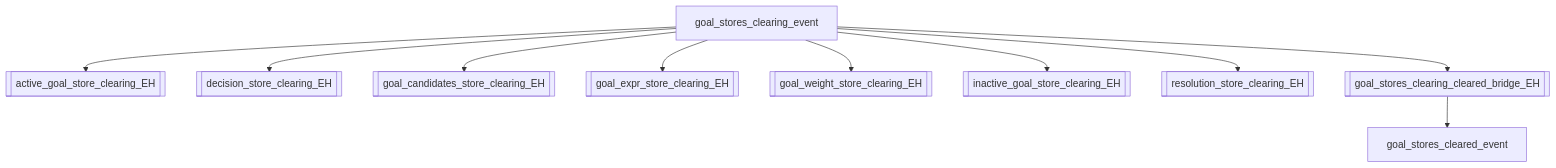
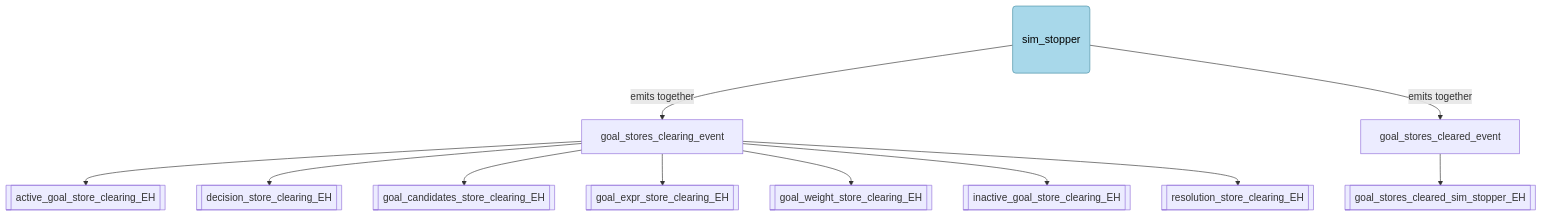
One commit to team-affix/atlas changed the eighth of 8 diagrams in docs/event_graph.md. Above: the diagram before and after it, drawn with Mermaid. The commit also changed other lines of this file and 20 other files, not shown here.

````diff
--- a/docs/event_graph.md
+++ b/docs/event_graph.md
@@ -270,23 +259,27 @@
 ```mermaid
 flowchart TD
+  ent_sim_stopper(sim_stopper)
   e_gscl[goal_stores_clearing_event]
+  e_gscleared[goal_stores_cleared_event]
   h1[[active_goal_store_clearing_EH]]
   h2[[decision_store_clearing_EH]]
   h3[[goal_candidates_store_clearing_EH]]
   h4[[goal_expr_store_clearing_EH]]
   h5[[goal_weight_store_clearing_EH]]
   h6[[inactive_goal_store_clearing_EH]]
   h7[[resolution_store_clearing_EH]]
-  h8[[goal_stores_clearing_cleared_bridge_EH]]
-  e_gscleared[goal_stores_cleared_event]
+  h8[[goal_stores_cleared_sim_stopper_EH]]
 
+  ent_sim_stopper -->|emits together| e_gscl
+  ent_sim_stopper -->|emits together| e_gscleared
   e_gscl --> h1
   e_gscl --> h2
   e_gscl --> h3
   e_gscl --> h4
   e_gscl --> h5
   e_gscl --> h6
   e_gscl --> h7
-  e_gscl --> h8
-  h8 --> e_gscleared
+  e_gscleared --> h8
+  classDef entity fill:#a8d8ea,stroke:#4a90a4,color:#000,font-size:17px,padding:12px
+  class ent_sim_stopper entity
 ```
````
